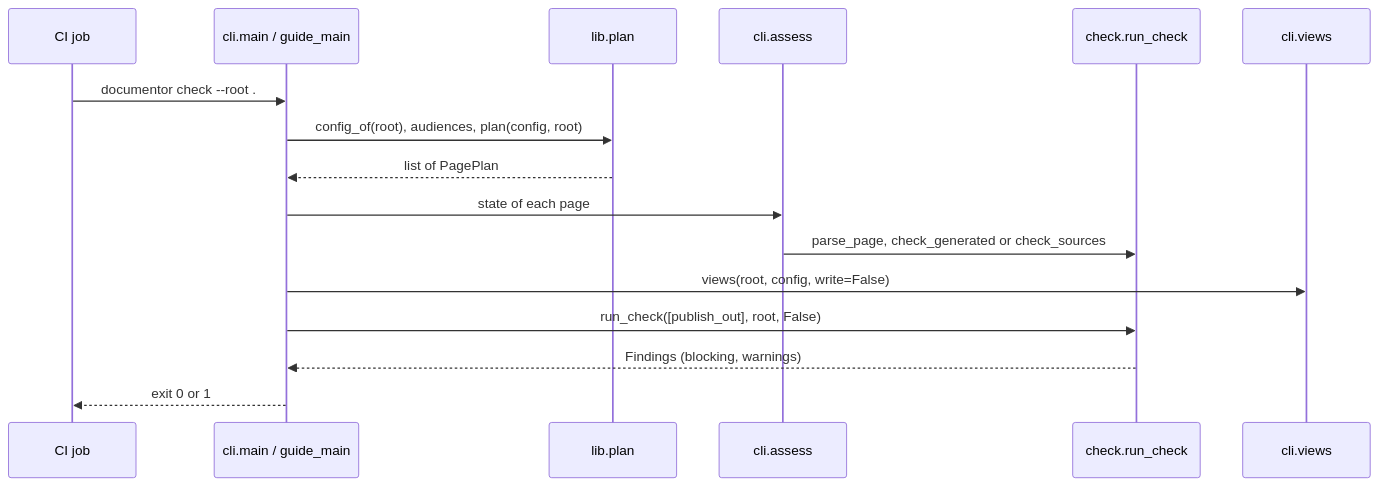
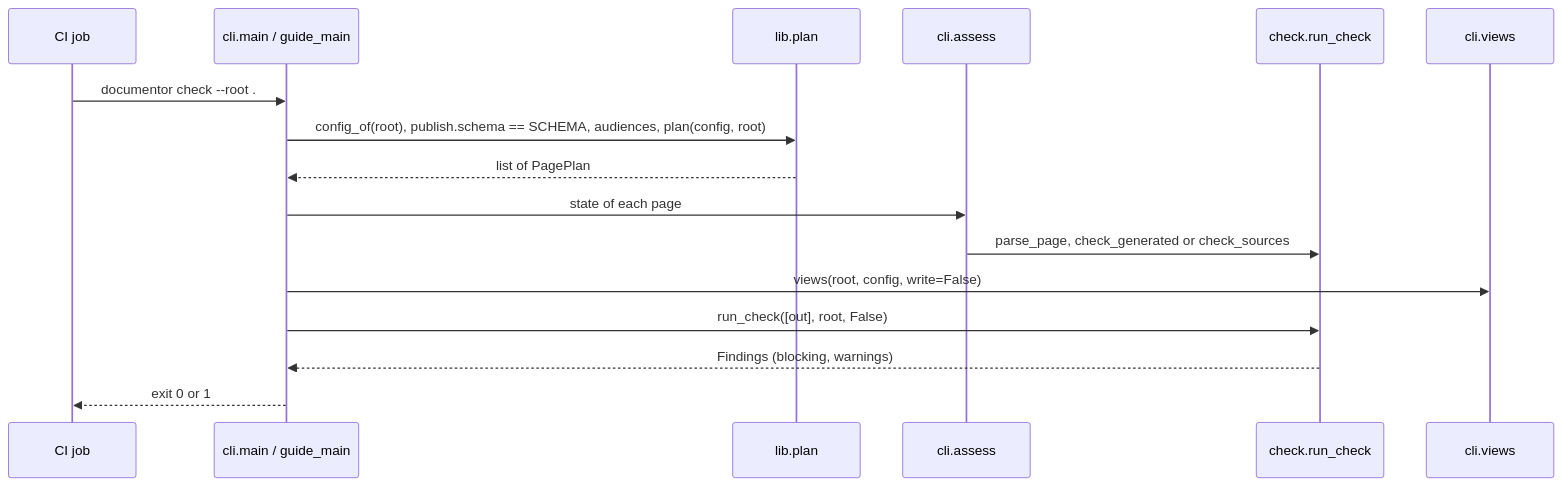
Before and after one commit to DocumentDrivenDX/helix: the diagram in tools/documentor/docs/guide/developer/walkthrough.md, drawn with Mermaid. The commit also changed other lines of this file and 11 other files, not shown here.

````diff
--- a/tools/documentor/docs/guide/developer/walkthrough.md
+++ b/tools/documentor/docs/guide/developer/walkthrough.md
@@ -32,18 +32,18 @@
 ```mermaid
 sequenceDiagram
   participant CI as CI job
   participant CLI as cli.main / guide_main
   participant Lib as lib.plan
   participant Assess as cli.assess
   participant Check as check.run_check
   participant Views as cli.views
   CI->>CLI: documentor check --root .
-  CLI->>Lib: config_of(root), audiences, plan(config, root)
+  CLI->>Lib: config_of(root), publish.schema == SCHEMA, audiences, plan(config, root)
   Lib-->>CLI: list of PagePlan
   CLI->>Assess: state of each page
   Assess->>Check: parse_page, check_generated or check_sources
   CLI->>Views: views(root, config, write=False)
-  CLI->>Check: run_check([publish_out], root, False)
+  CLI->>Check: run_check([out], root, False)
   Check-->>CLI: Findings (blocking, warnings)
   CLI-->>CI: exit 0 or 1
 ```
````
